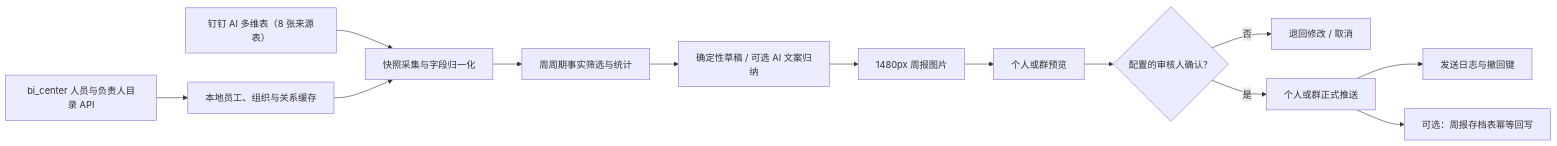
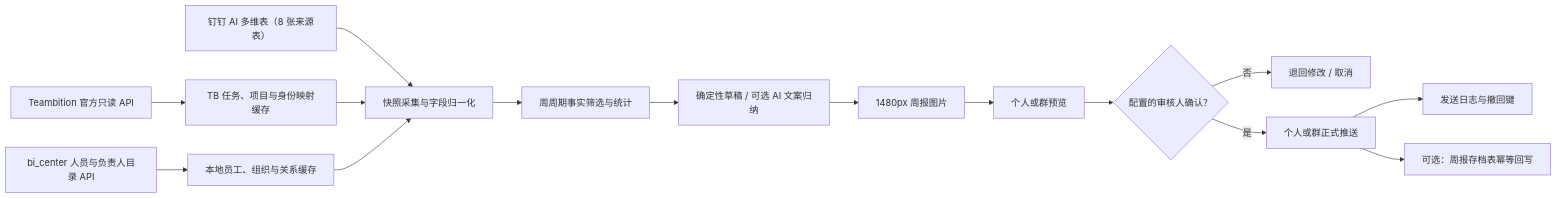
One commit to Max0314/weekly_report_assistant changed the diagram in docs/architecture.md. Above: the diagram before and after it, drawn with Mermaid. The commit also changed other lines of this file and 22 other files, not shown here.

````diff
--- a/docs/architecture.md
+++ b/docs/architecture.md
@@ -5,15 +5,17 @@
 ```mermaid
 flowchart LR
   A["钉钉 AI 多维表（8 张来源表）"] --> B["快照采集与字段归一化"]
+  T["Teambition 官方只读 API"] --> U["TB 任务、项目与身份映射缓存"]
+  U --> B
   C["bi_center 人员与负责人目录 API"] --> D["本地员工、组织与关系缓存"]
   D --> B
   B --> E["周周期事实筛选与统计"]
   E --> F["确定性草稿 / 可选 AI 文案归纳"]
   F --> G["1480px 周报图片"]
   G --> H["个人或群预览"]
   H --> I{"配置的审核人确认？"}
   I -- 否 --> J["退回修改 / 取消"]
   I -- 是 --> K["个人或群正式推送"]
   K --> L["发送日志与撤回键"]
   K --> M["可选：周报存档表幂等回写"]
 ```
````
